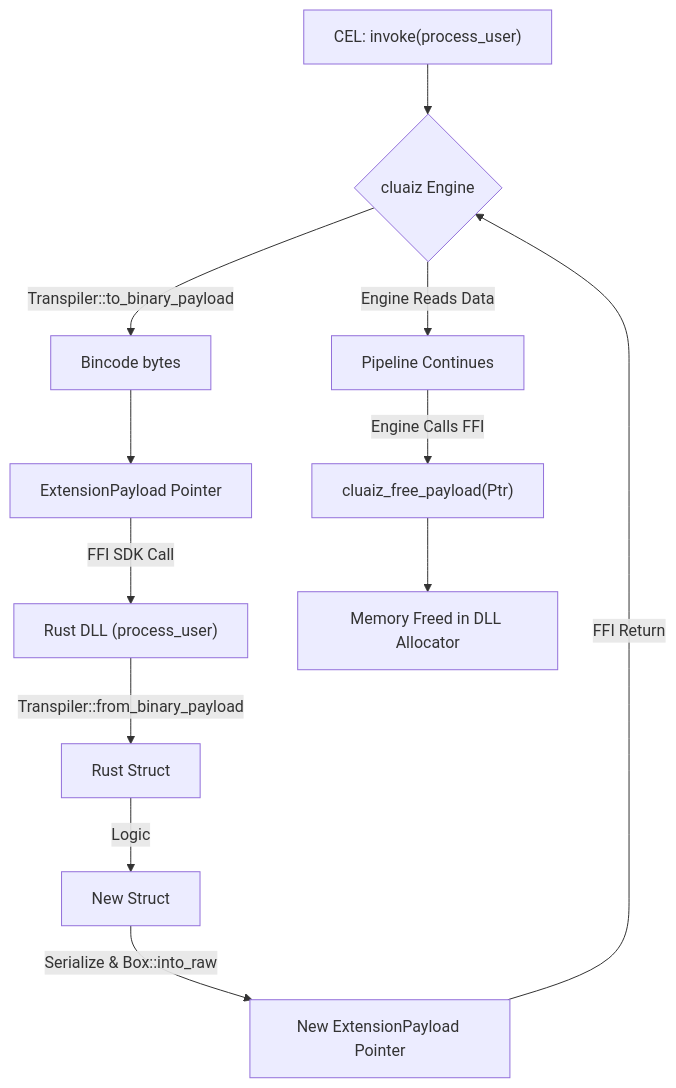
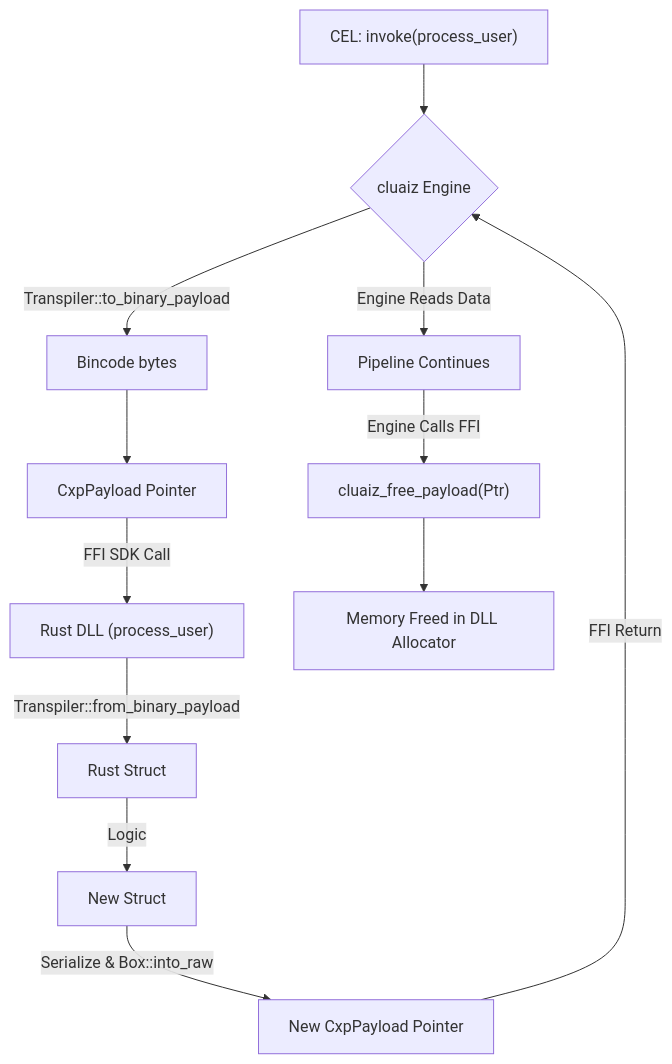
One commit to ayan-kushwaha/Cluaiz- changed the diagram in docs/cel/sdk/rust-native.md. Above: the diagram before and after it, drawn with Mermaid. The commit also changed other lines of this file and 109 other files, not shown here.

````diff
--- a/docs/cel/sdk/rust-native.md
+++ b/docs/cel/sdk/rust-native.md
@@ -111,20 +111,20 @@
 ```mermaid
 flowchart TD
     A["CEL: invoke(process_user)"] --> B{"cluaiz Engine"}
     
     B -->|Transpiler::to_binary_payload| C["Bincode bytes"]
-    C --> D["ExtensionPayload Pointer"]
+    C --> D["CxpPayload Pointer"]
     
     D -->|FFI SDK Call| E["Rust DLL (process_user)"]
     
     E -->|Transpiler::from_binary_payload| F["Rust Struct"]
     F -->|Logic| G["New Struct"]
     
-    G -->|Serialize & Box::into_raw| H["New ExtensionPayload Pointer"]
+    G -->|Serialize & Box::into_raw| H["New CxpPayload Pointer"]
     
     H -->|FFI Return| B
     B -->|Engine Reads Data| I["Pipeline Continues"]
     
     I -->|Engine Calls FFI| J["cluaiz_free_payload(Ptr)"]
     J --> K["Memory Freed in DLL Allocator"]
 ```
````
